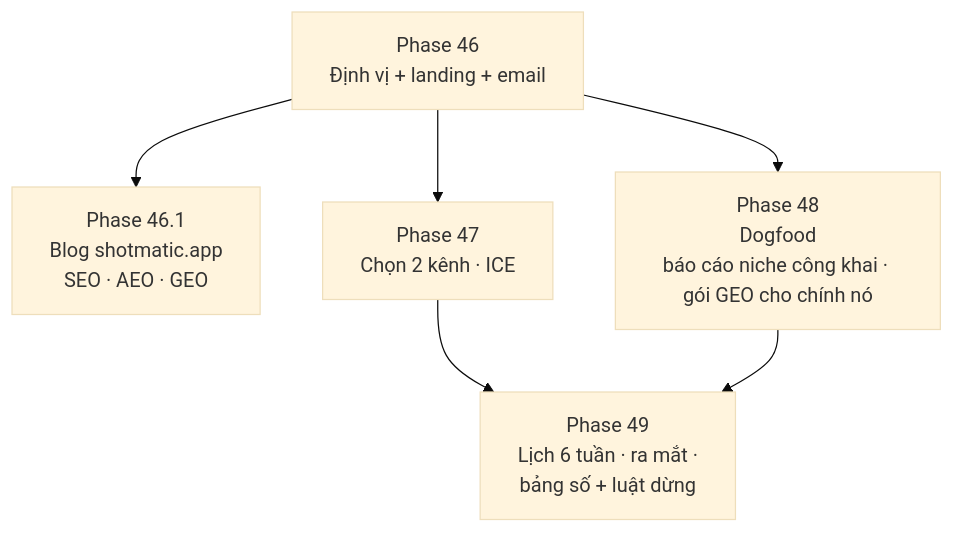
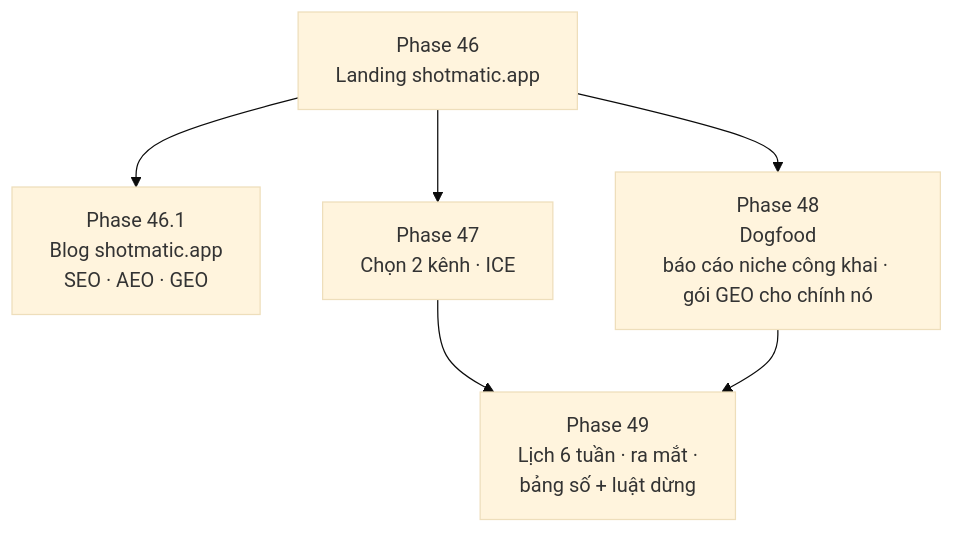
One commit to nvminhtu/niche-radar-docs changed the diagram in docs/web/version-11.md. Above: the diagram before and after it, drawn with Mermaid (base theme). The commit also changed other lines of this file and 9 other files, not shown here.

````diff
--- a/docs/web/version-11.md
+++ b/docs/web/version-11.md
@@ -21,7 +21,7 @@
 ```mermaid
 flowchart TB
-  P[Phase 46<br/>Định vị + landing + email] --> BL[Phase 46.1<br/>Blog shotmatic.app<br/>SEO · AEO · GEO]
-  P[Phase 46<br/>Định vị + landing + email] --> C[Phase 47<br/>Chọn 2 kênh · ICE]
+  P[Phase 46<br/>Landing shotmatic.app] --> BL[Phase 46.1<br/>Blog shotmatic.app<br/>SEO · AEO · GEO]
+  P[Phase 46<br/>Landing shotmatic.app] --> C[Phase 47<br/>Chọn 2 kênh · ICE]
   P --> D[Phase 48<br/>Dogfood<br/>báo cáo niche công khai · gói GEO cho chính nó]
   C & D --> S[Phase 49<br/>Lịch 6 tuần · ra mắt ·<br/>bảng số + luật dừng]
 ```
````
